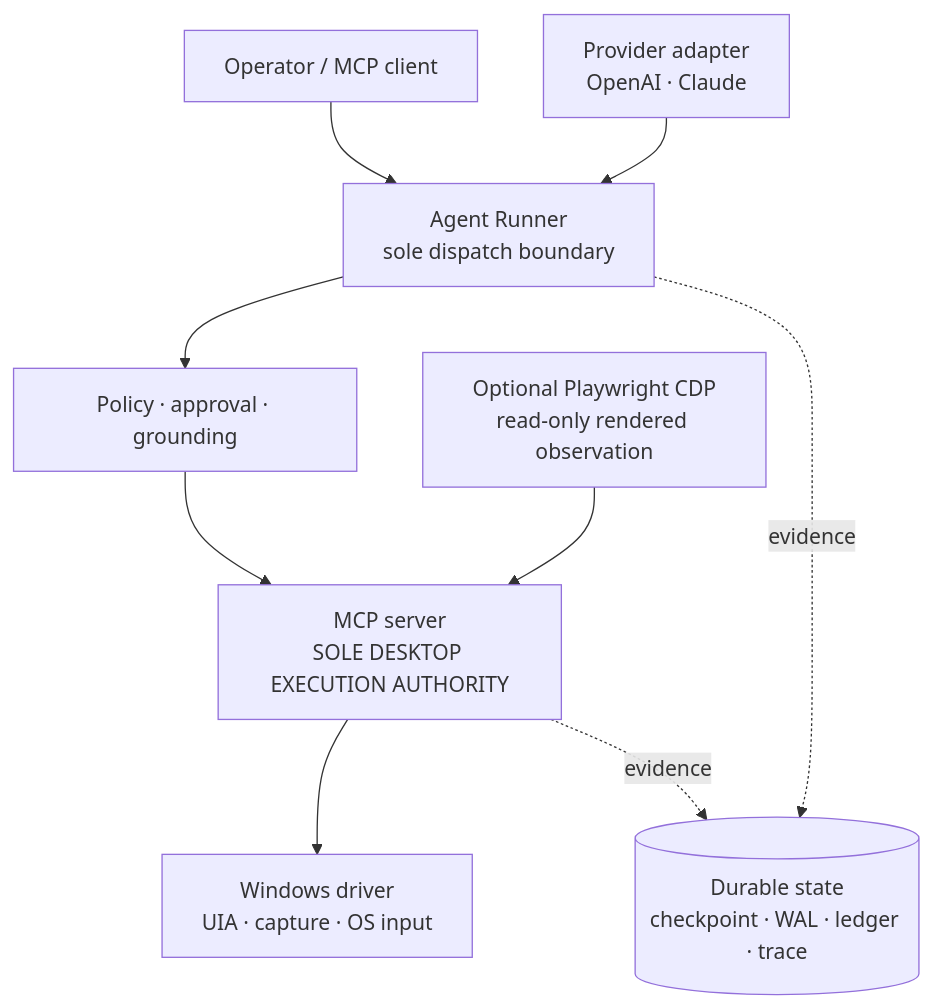
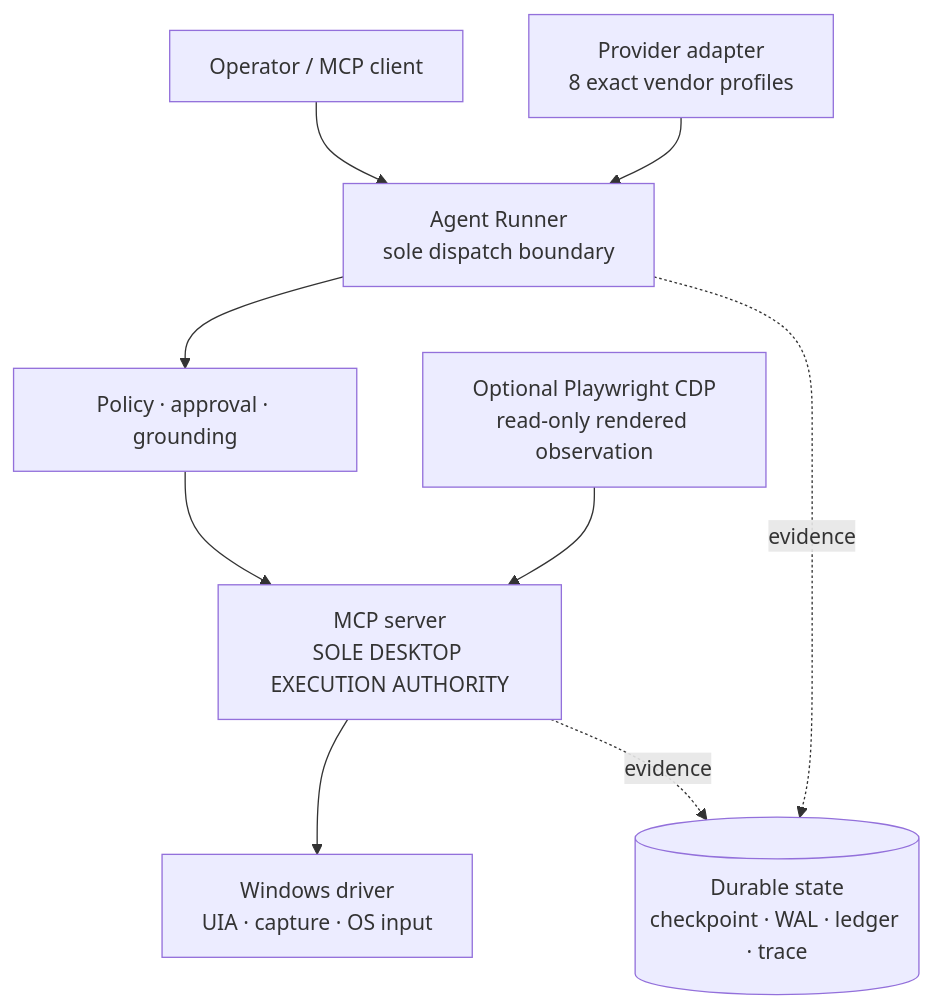
One commit to kuoforever/computer-use-mcp changed the diagram in README.md. Above: the diagram before and after it, drawn with Mermaid. The commit also changed other lines of this file and 50 other files, not shown here.

Commit message:
Add domestic model provider profiles

````diff
--- a/README.md
+++ b/README.md
@@ -88,12 +91,12 @@
 ```mermaid
 flowchart TB
     OP[Operator / MCP client] --> AR
-    PA[Provider adapter<br/>OpenAI · Claude] --> AR
+    PA[Provider adapter<br/>8 exact vendor profiles] --> AR
     AR[Agent Runner<br/>sole dispatch boundary] --> PG
     PG[Policy · approval · grounding] --> SRV
     SRV[MCP server<br/>SOLE DESKTOP EXECUTION AUTHORITY] --> WD
     BA[Optional Playwright CDP<br/>read-only rendered observation] --> SRV
     WD[Windows driver<br/>UIA · capture · OS input]
     AR -. evidence .-> DS[(Durable state<br/>checkpoint · WAL · ledger · trace)]
     SRV -. evidence .-> DS
 ```
````
